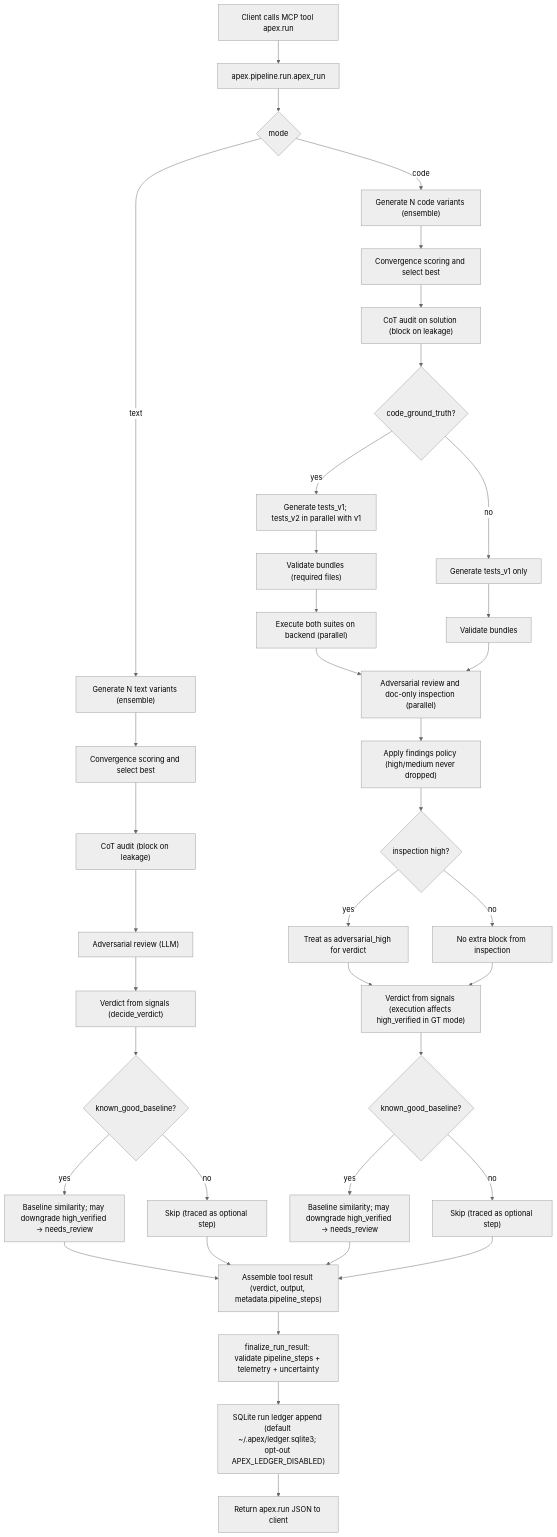
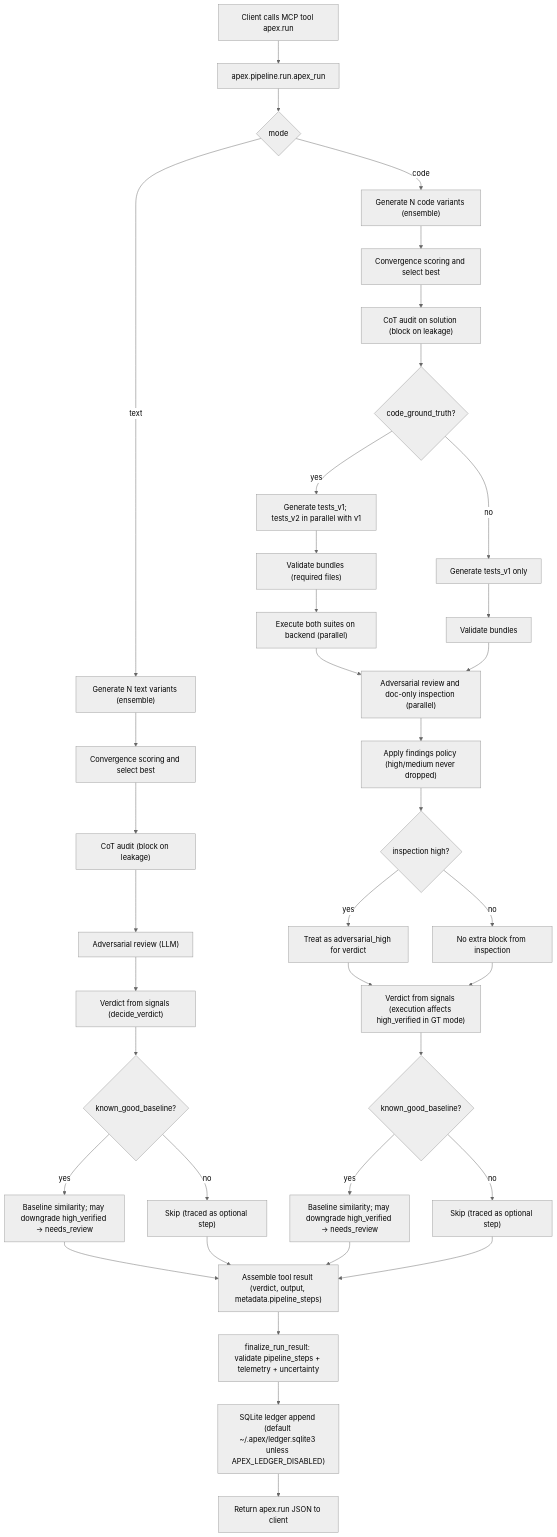
The diagram in docs/flow.md (Alphabetsoup16/apex), drawn with Mermaid (neutral theme) before and after one commit. The commit also changed other lines of this file and 45 other files, not shown here.

````diff
--- a/docs/flow.md
+++ b/docs/flow.md
@@ -5,43 +5,43 @@
 ```mermaid
 flowchart TD
   A["Client calls MCP tool apex.run"] --> B["apex.pipeline.run.apex_run"]
 
   B --> C{mode}
   C -->|text| T1["Generate N text variants (ensemble)"]
   T1 --> T2["Convergence scoring and select best"]
   T2 --> T3["CoT audit (block on leakage)"]
   T3 --> T4["Adversarial review (LLM)"]
   T4 --> T8["Verdict from signals (decide_verdict)"]
   T8 --> T5{known_good_baseline?}
   T5 -->|yes| T6["Baseline similarity; may downgrade high_verified → needs_review"]
   T5 -->|no| T7["Skip (traced as optional step)"]
   T6 --> OUTA["Assemble tool result (verdict, output, metadata.pipeline_steps)"]
   T7 --> OUTA
 
   C -->|code| C1["Generate N code variants (ensemble)"]
   C1 --> C2["Convergence scoring and select best"]
   C2 --> C3["CoT audit on solution (block on leakage)"]
   C3 --> C4{code_ground_truth?}
   C4 -->|yes| C5["Generate tests_v1; tests_v2 in parallel with v1"]
   C5 --> C6["Validate bundles (required files)"]
   C6 --> C7["Execute both suites on backend (parallel)"]
   C4 -->|no| C8["Generate tests_v1 only"]
   C8 --> C9["Validate bundles"]
   C7 --> C10["Adversarial review and doc-only inspection (parallel)"]
   C9 --> C10
   C10 --> C10b["Apply findings policy (high/medium never dropped)"]
   C10b --> C11{inspection high?}
   C11 -->|yes| C12["Treat as adversarial_high for verdict"]
   C11 -->|no| C13["No extra block from inspection"]
   C12 --> C14["Verdict from signals (execution affects high_verified in GT mode)"]
   C13 --> C14
   C14 --> C15{known_good_baseline?}
   C15 -->|yes| C16["Baseline similarity; may downgrade high_verified → needs_review"]
   C15 -->|no| C17["Skip (traced as optional step)"]
   C16 --> OUTA
   C17 --> OUTA
 
   OUTA --> FIN["finalize_run_result: validate pipeline_steps + telemetry + uncertainty"]
-  FIN --> LED["SQLite run ledger append (default ~/.apex/ledger.sqlite3; opt-out APEX_LEDGER_DISABLED)"]
+  FIN --> LED["SQLite ledger append (default ~/.apex/ledger.sqlite3 unless APEX_LEDGER_DISABLED)"]
   LED --> RET["Return apex.run JSON to client"]
 ```
````
